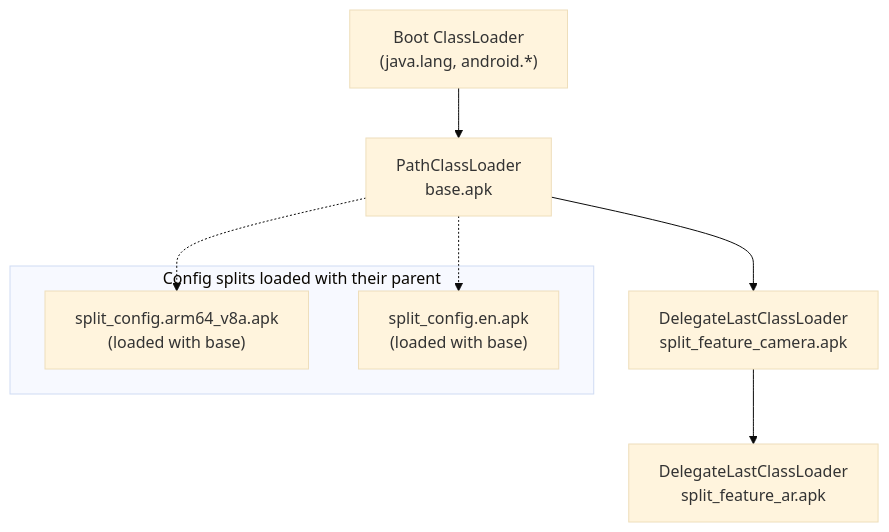
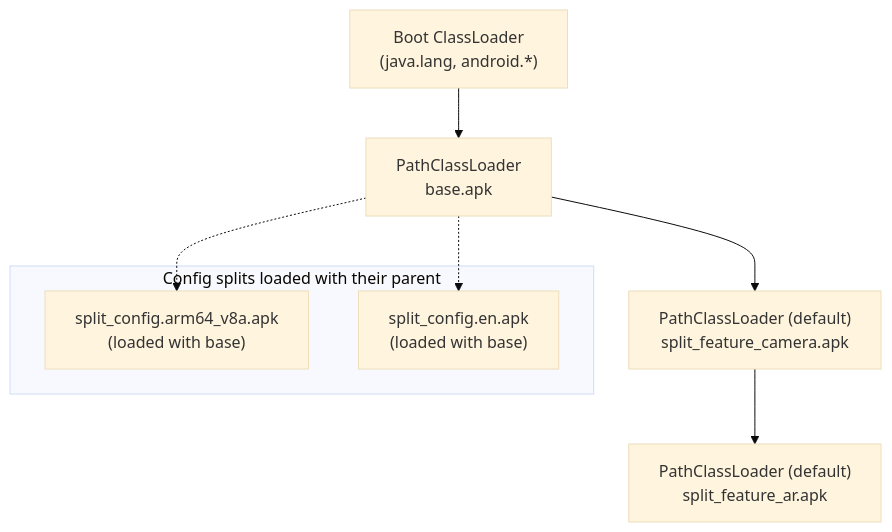
One commit to aospbooks/aosp-internal-book changed diagram 17 of 28 in agents/claude/skills/aosp-framework-services/26-package-manager.md. Above: the diagram before and after it, drawn with Mermaid (base theme). The commit also changed other lines of this file and 218 other files, not shown here.

````diff
--- a/agents/claude/skills/aosp-framework-services/26-package-manager.md
+++ b/agents/claude/skills/aosp-framework-services/26-package-manager.md
@@ -2861,19 +2888,19 @@
 ```mermaid
 graph TD
     Boot["Boot ClassLoader<br/>(java.lang, android.*)"]
     Base["PathClassLoader<br/>base.apk"]
-    F1["DelegateLastClassLoader<br/>split_feature_camera.apk"]
-    F2["DelegateLastClassLoader<br/>split_feature_ar.apk"]
+    F1["PathClassLoader (default)<br/>split_feature_camera.apk"]
+    F2["PathClassLoader (default)<br/>split_feature_ar.apk"]
 
     Boot --> Base
     Base --> F1
     F1 --> F2
 
     subgraph "Config splits loaded with their parent"
         C1["split_config.arm64_v8a.apk<br/>(loaded with base)"]
         C2["split_config.en.apk<br/>(loaded with base)"]
     end
 
     Base -.-> C1
     Base -.-> C2
 ```
````
